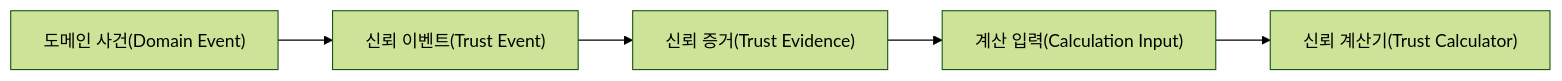
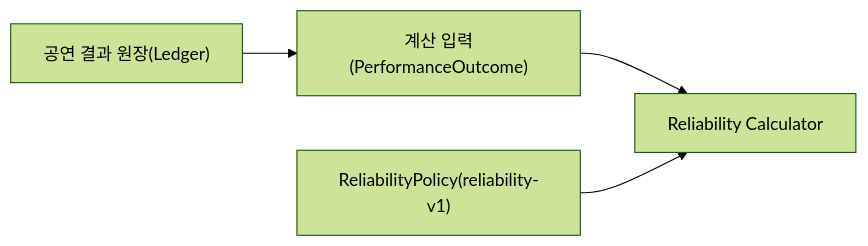
The fourth of 4 diagrams in docs/adr/artist_trust_architecture/05_trust_event_catalog.md (nsuCapstoneTeam/NSU_CAPSTONE), drawn with Mermaid (forest theme) before and after one commit. The commit also changed other lines of this file and 13 other files, not shown here.

````diff
--- a/docs/adr/artist_trust_architecture/05_trust_event_catalog.md
+++ b/docs/adr/artist_trust_architecture/05_trust_event_catalog.md
@@ -472,8 +386,7 @@
 ```mermaid
 flowchart LR
-    Domain["도메인 사건(Domain Event)"]
-    Domain --> Event["신뢰 이벤트(Trust Event)"]
-    Event --> Evidence["신뢰 증거(Trust Evidence)"]
-    Evidence --> Input["계산 입력(Calculation Input)"]
-    Input --> Engine["신뢰 계산기(Trust Calculator)"]
+    Ledger["공연 결과 원장(Ledger)"]
+    Ledger --> Input["계산 입력(PerformanceOutcome)"]
+    Input --> Engine["Reliability Calculator"]
+    Policy["ReliabilityPolicy(reliability-v1)"] --> Engine
 ```
````
